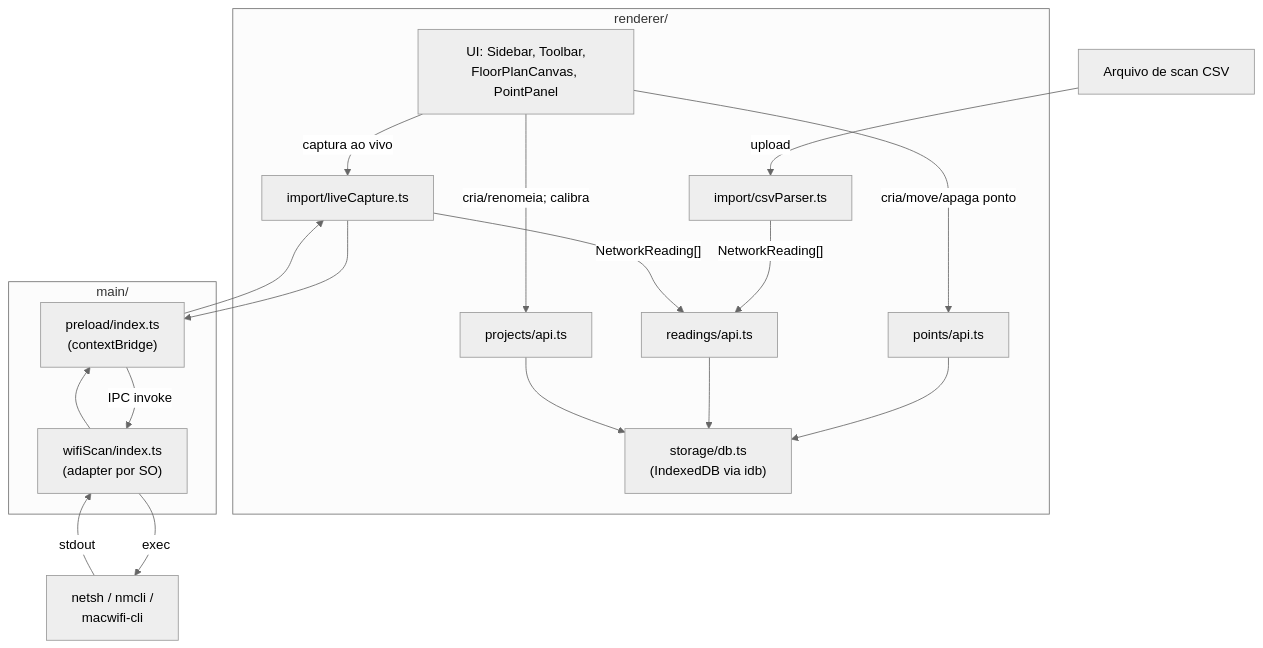
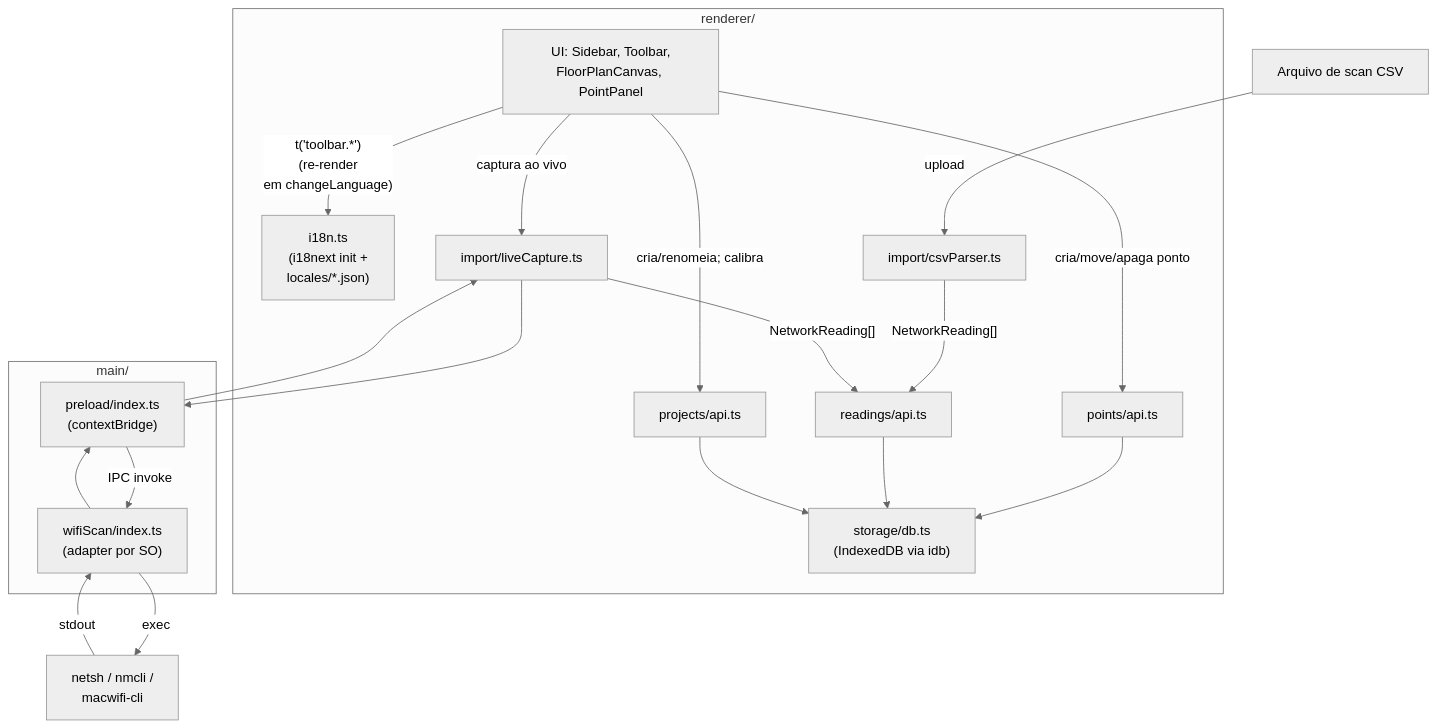
One commit to msc-sed-ufrr/wifi-viewer changed the first of 2 diagrams in docs/02-arch.md. Above: the diagram before and after it, drawn with Mermaid (neutral theme). The commit also changed other lines of this file and 1 other file, not shown here.

First line of the commit message:
MAESTRO: doc: add i18n to arch sections 2 (Components), 3 (Data Flow), 6 (Stack)

````diff
--- a/docs/02-arch.md
+++ b/docs/02-arch.md
@@ -31,39 +31,41 @@
 ```mermaid
 flowchart TD
     ScanFile["Arquivo de scan CSV"]
 
     subgraph renderer1["renderer/"]
         UI1["UI: Sidebar, Toolbar,<br/>FloorPlanCanvas, PointPanel"]
+        I18n["i18n.ts<br/>(i18next init +<br/>locales/*.json)"]
         CsvParser["import/csvParser.ts"]
         LiveCapture["import/liveCapture.ts"]
         ProjectsApi["projects/api.ts"]
         PointsApi["points/api.ts"]
         ReadingsApi["readings/api.ts"]
         Store["storage/db.ts<br/>(IndexedDB via idb)"]
     end
 
     subgraph main1["main/"]
         Preload["preload/index.ts<br/>(contextBridge)"]
         WifiScan["wifiScan/index.ts<br/>(adapter por SO)"]
     end
 
     OSCmd["netsh / nmcli /<br/>macwifi-cli"]
 
     ScanFile -->|"upload"| CsvParser
     CsvParser -->|"NetworkReading[]"| ReadingsApi
 
     UI1 -->|"captura ao vivo"| LiveCapture
     LiveCapture --> Preload
     Preload -->|"IPC invoke"| WifiScan
     WifiScan -->|"exec"| OSCmd
     OSCmd -->|"stdout"| WifiScan
     WifiScan --> Preload
     Preload --> LiveCapture
     LiveCapture -->|"NetworkReading[]"| ReadingsApi
 
     UI1 -->|"cria/move/apaga ponto"| PointsApi
     UI1 -->|"cria/renomeia; calibra"| ProjectsApi
+    UI1 -->|"t('toolbar.*')<br/>(re-render<br/>em changeLanguage)"| I18n
     PointsApi --> Store
     ReadingsApi --> Store
     ProjectsApi --> Store
 ```
````
